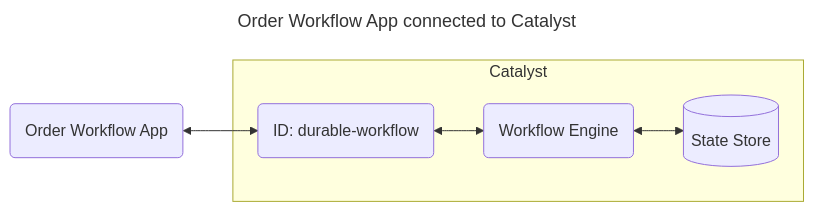
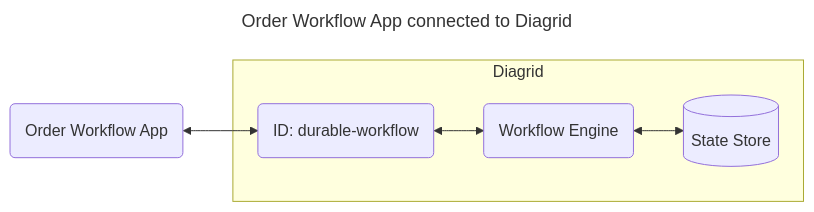
One commit to diagridio/catalyst-quickstarts changed the first of 3 diagrams in workflow/csharp/README.md. Above: the diagram before and after it, drawn with Mermaid. The commit also changed other lines of this file and 224 other files, not shown here.

First line of the commit message:
docs: rename Catalyst to Diagrid in descriptions and labels

````diff
--- a/workflow/csharp/README.md
+++ b/workflow/csharp/README.md
@@ -10,16 +10,16 @@
 ```mermaid
 ---
-title: Order Workflow App connected to Catalyst
+title: Order Workflow App connected to Diagrid
 ---
 flowchart LR
   APP(Order Workflow App)
-  subgraph Catalyst
+  subgraph Diagrid
     APPID(ID: durable-workflow)
     WF(Workflow Engine)
     STATE[(State Store)]
   end
 
   APP<-->APPID
   APPID<-->WF
   WF<-->STATE
 ```
````
